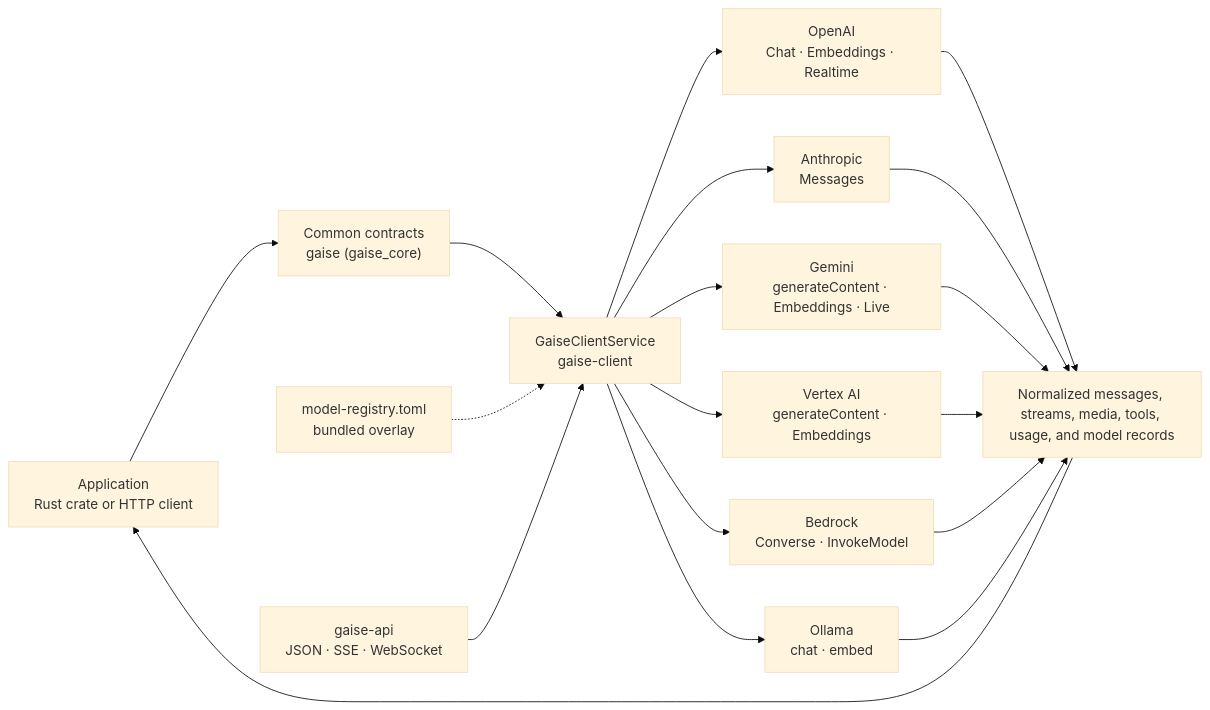
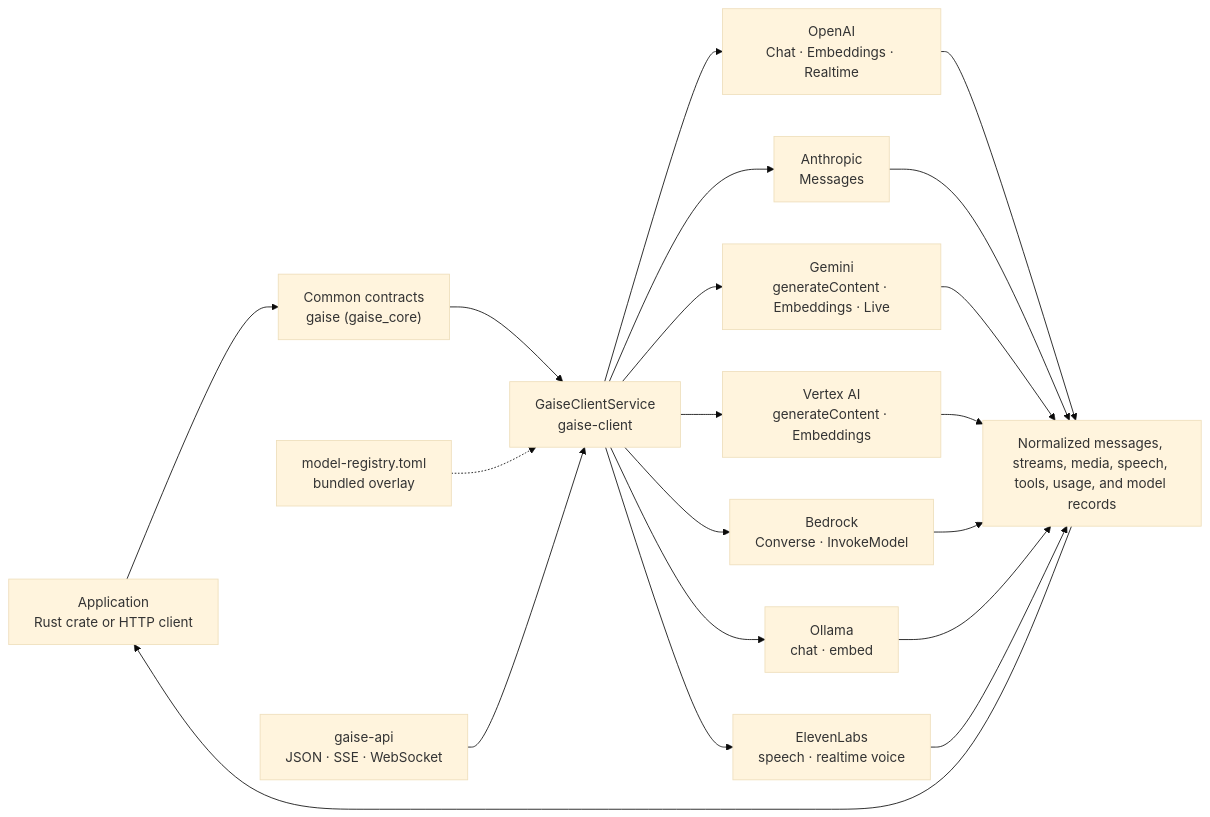
The first of 2 diagrams in wiki/README.md (ikcore/gaise), drawn with Mermaid (base theme) before and after one commit. The commit also changed other lines of this file and 66 other files, not shown here.

````diff
--- a/wiki/README.md
+++ b/wiki/README.md
@@ -40,15 +46,16 @@
 ```mermaid
 flowchart LR
     App["Application<br/>Rust crate or HTTP client"] --> Contract["Common contracts<br/>gaise (gaise_core)"]
     Contract --> Router["GaiseClientService<br/>gaise-client"]
     Router --> OAI["OpenAI<br/>Chat · Embeddings · Realtime"]
     Router --> ANT["Anthropic<br/>Messages"]
     Router --> GEM["Gemini<br/>generateContent · Embeddings · Live"]
     Router --> VAI["Vertex AI<br/>generateContent · Embeddings"]
     Router --> BED["Bedrock<br/>Converse · InvokeModel"]
     Router --> OLL["Ollama<br/>chat · embed"]
+    Router --> ELL["ElevenLabs<br/>speech · realtime voice"]
     Registry["model-registry.toml<br/>bundled overlay"] -.-> Router
-    OAI & ANT & GEM & VAI & BED & OLL --> Norm["Normalized messages, streams, media, tools, usage, and model records"]
+    OAI & ANT & GEM & VAI & BED & OLL & ELL --> Norm["Normalized messages, streams, media, speech, tools, usage, and model records"]
     Norm --> App
     HTTP["gaise-api<br/>JSON · SSE · WebSocket"] --> Router
 ```
````
